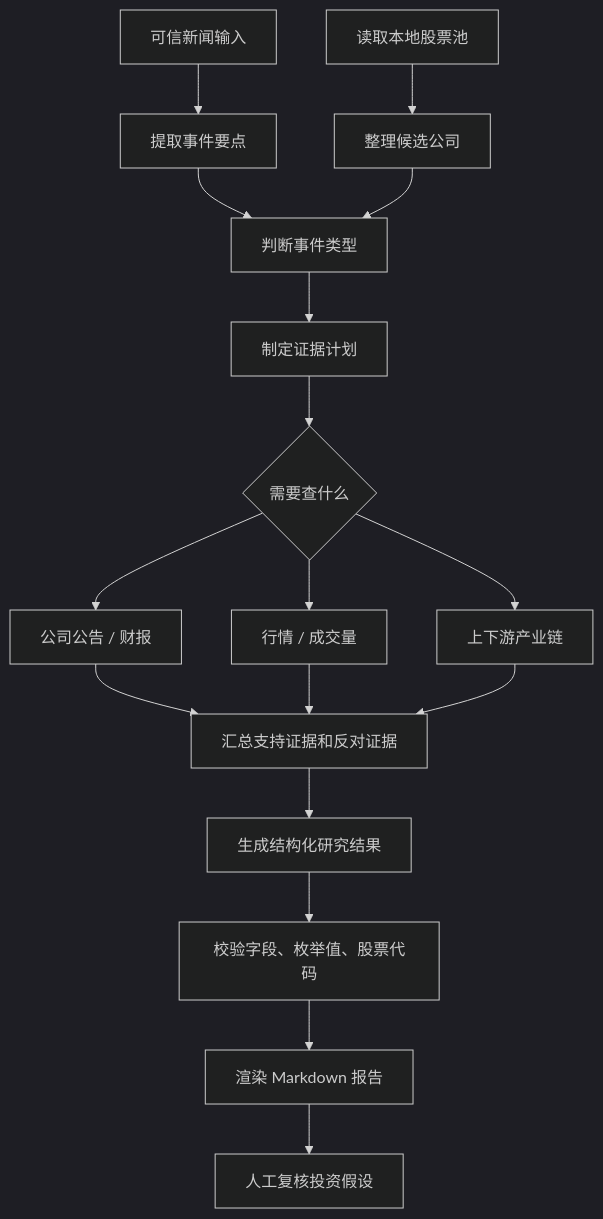
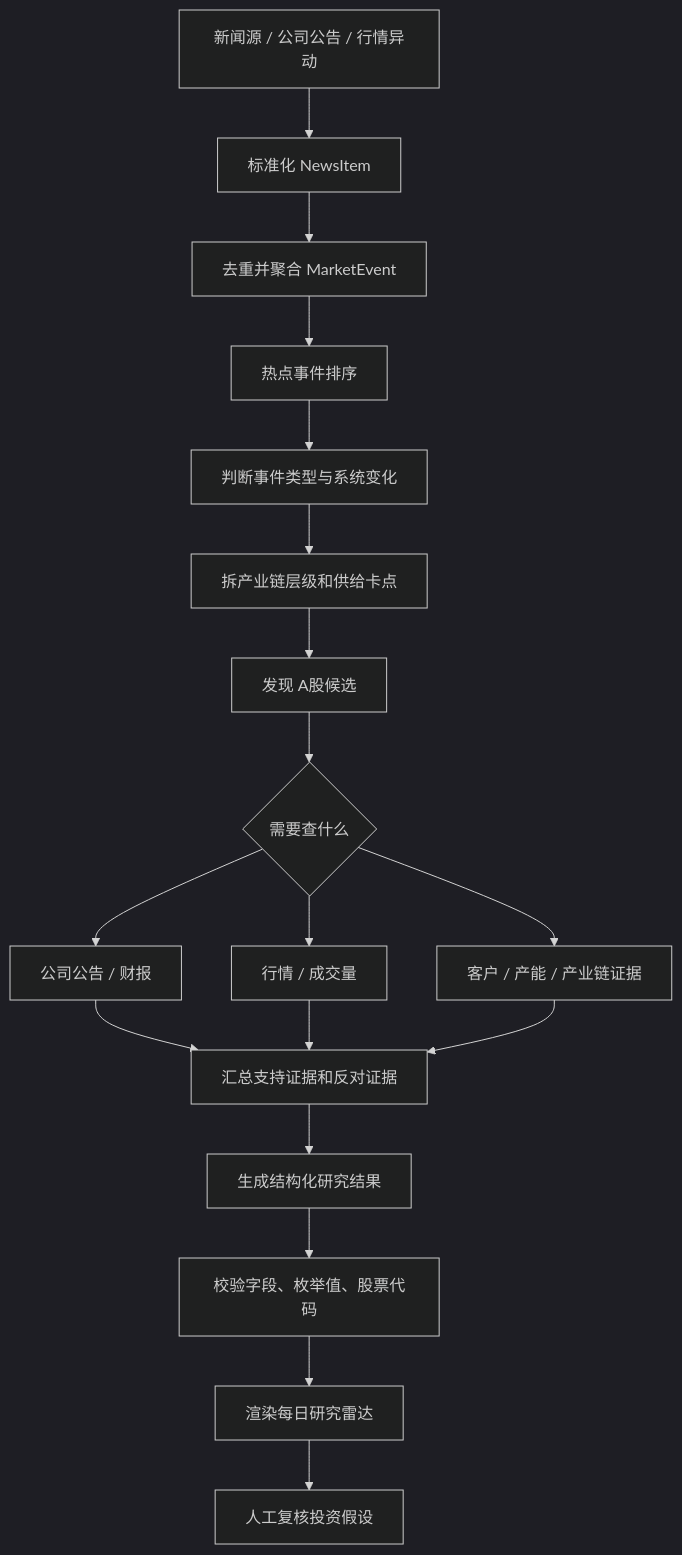
One commit to Nickcandy/finance-research-lab changed the diagram in docs/research-report-implementation.md. Above: the diagram before and after it, drawn with Mermaid (dark theme). The commit also changed other lines of this file and 26 other files, not shown here.

````diff
--- a/docs/research-report-implementation.md
+++ b/docs/research-report-implementation.md
@@ -93,24 +109,23 @@
 ```mermaid
 flowchart TD
-    A[可信新闻输入] --> B[提取事件要点]
-    C[读取本地股票池] --> D[整理候选公司]
+    A[新闻源 / 公司公告 / 行情异动] --> B[标准化 NewsItem]
+    B --> C[去重并聚合 MarketEvent]
+    C --> D[热点事件排序]
+    D --> E[判断事件类型与系统变化]
+    E --> F[拆产业链层级和供给卡点]
+    F --> G[发现 A股候选]
+    G --> H{需要查什么}
 
-    B --> E[判断事件类型]
-    D --> E
+    H --> I[公司公告 / 财报]
+    H --> J[行情 / 成交量]
+    H --> K[客户 / 产能 / 产业链证据]
 
-    E --> F[制定证据计划]
-    F --> G{需要查什么}
+    I --> L[汇总支持证据和反对证据]
+    J --> L
+    K --> L
 
-    G --> H[公司公告 / 财报]
-    G --> I[行情 / 成交量]
-    G --> J[上下游产业链]
-
-    H --> K[汇总支持证据和反对证据]
-    I --> K
-    J --> K
-
-    K --> L[生成结构化研究结果]
-    L --> M[校验字段、枚举值、股票代码]
-    M --> N[渲染 Markdown 报告]
-    N --> O[人工复核投资假设]
+    L --> M[生成结构化研究结果]
+    M --> N[校验字段、枚举值、股票代码]
+    N --> O[渲染每日研究雷达]
+    O --> P[人工复核投资假设]
 ```
````
